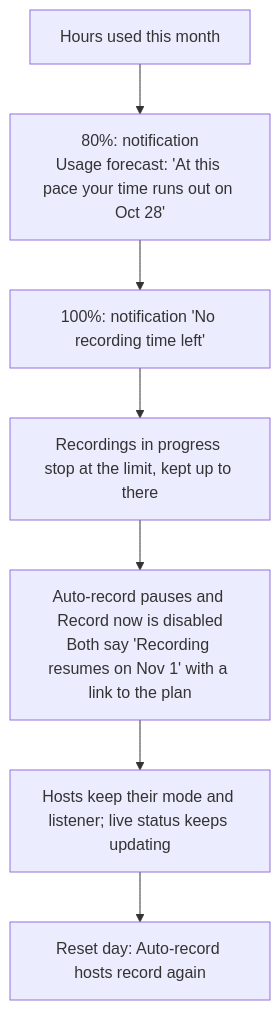
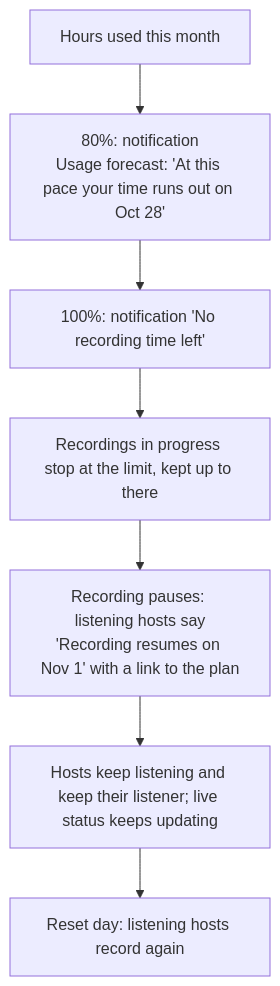
The fifth of 8 diagrams in docs/user-flows.md (binhld98/AutoRecordLive), drawn with Mermaid before and after one commit. The commit also changed other lines of this file and 5 other files, not shown here.

Commit message:
docs: re-study reference dashboard and hosts flows (#7)

````diff
--- a/docs/user-flows.md
+++ b/docs/user-flows.md
@@ -228,9 +143,9 @@
 ```mermaid
 flowchart TD
   use["Hours used this month"] --> w80["80%: notification<br/>Usage forecast: 'At this pace your time runs out on Oct 28'"]
   w80 --> w100["100%: notification 'No recording time left'"]
   w100 --> stop["Recordings in progress stop at the limit, kept up to there"]
-  stop --> pause["Auto-record pauses and Record now is disabled<br/>Both say 'Recording resumes on Nov 1' with a link to the plan"]
-  pause --> keep["Hosts keep their mode and listener; live status keeps updating"]
-  keep --> resetday["Reset day: Auto-record hosts record again"]
+  stop --> pause["Recording pauses: listening hosts say<br/>'Recording resumes on Nov 1' with a link to the plan"]
+  pause --> keep["Hosts keep listening and keep their listener; live status keeps updating"]
+  keep --> resetday["Reset day: listening hosts record again"]
 ```
````
